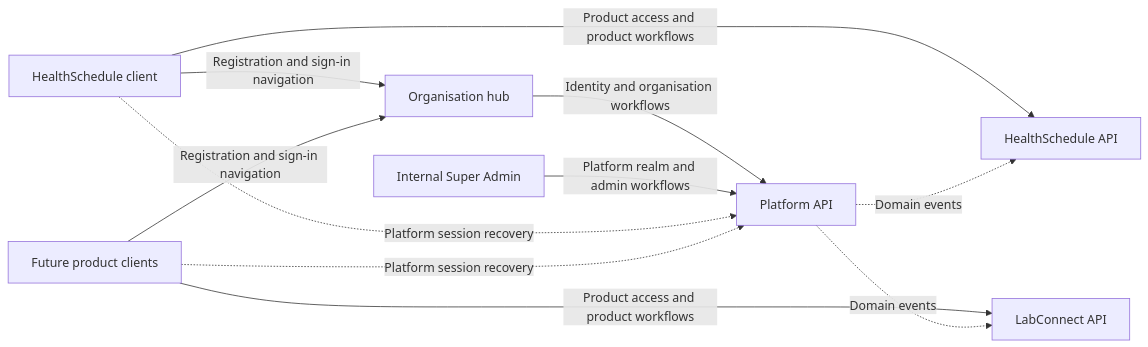
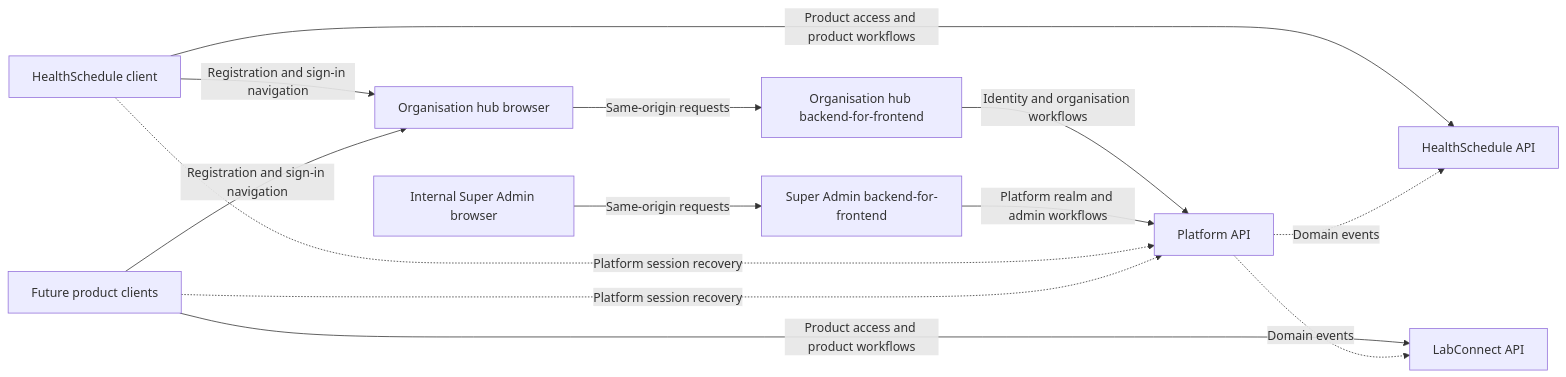
The diagram in docs/frontend-architecture-analysis.md (Healthalyst-Africa/healthalyst-frontend), drawn with Mermaid before and after one commit. The commit also changed other lines of this file and 66 other files, not shown here.

First line of the commit message:
feat(platform): integrate auth and organisation API workflows

````diff
--- a/docs/frontend-architecture-analysis.md
+++ b/docs/frontend-architecture-analysis.md
@@ -27,21 +27,25 @@
 ```mermaid
 flowchart LR
-  OrganizationHub[Organisation hub]
+  OrganizationHub[Organisation hub browser]
+  OrganizationBackendForFrontend[Organisation hub backend-for-frontend]
   HealthScheduleClient[HealthSchedule client]
   FutureProductClients[Future product clients]
-  SuperAdmin[Internal Super Admin]
+  SuperAdmin[Internal Super Admin browser]
+  SuperAdminBackendForFrontend[Super Admin backend-for-frontend]
   Platform[Platform API]
   HealthScheduleApi[HealthSchedule API]
   LabConnectApi[LabConnect API]
 
   HealthScheduleClient -->|Registration and sign-in navigation| OrganizationHub
   FutureProductClients -->|Registration and sign-in navigation| OrganizationHub
-  OrganizationHub -->|Identity and organisation workflows| Platform
-  SuperAdmin -->|Platform realm and admin workflows| Platform
+  OrganizationHub -->|Same-origin requests| OrganizationBackendForFrontend
+  OrganizationBackendForFrontend -->|Identity and organisation workflows| Platform
+  SuperAdmin -->|Same-origin requests| SuperAdminBackendForFrontend
+  SuperAdminBackendForFrontend -->|Platform realm and admin workflows| Platform
   HealthScheduleClient -->|Product access and product workflows| HealthScheduleApi
   FutureProductClients -->|Product access and product workflows| LabConnectApi
   HealthScheduleClient -.->|Platform session recovery| Platform
   FutureProductClients -.->|Platform session recovery| Platform
   Platform -.->|Domain events| HealthScheduleApi
   Platform -.->|Domain events| LabConnectApi
 ```
````
